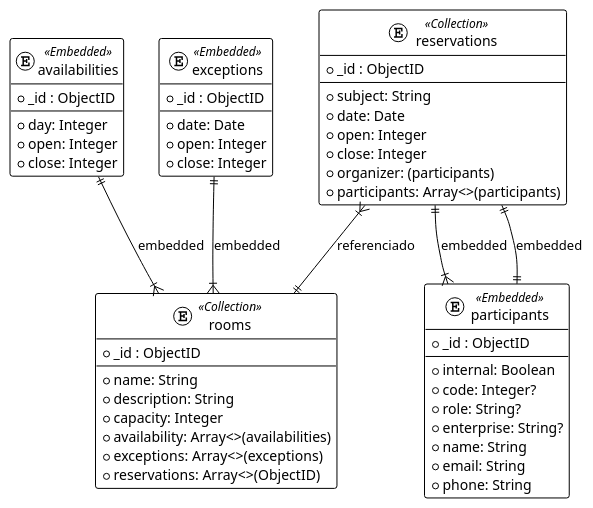
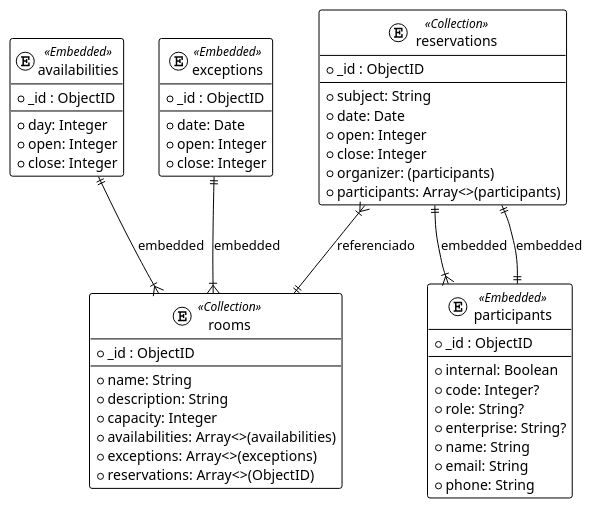
The diagram in docs/booking.puml (pepeul1191/booking-koa-svelte-mongodb), drawn with PlantUML before and after one commit. The commit also changed 7 other files, not shown here.

```diff
--- a/docs/booking.puml
+++ b/docs/booking.puml
@@ -1,61 +1,61 @@
 @startuml
 !theme plain
 
 entity "rooms" <<Collection>> {
   * _id : ObjectID
   --
   * name: String
   * description: String
   * capacity: Integer
-  * availability: Array<>(availabilities)
+  * availabilities: Array<>(availabilities)
   * exceptions: Array<>(exceptions)
   * reservations: Array<>(ObjectID)
 }
 
 entity "availabilities" <<Embedded>> {
   * _id : ObjectID
   --
   * day: Integer
   * open: Integer
   * close: Integer
 }
 ' day: 0 (Sunday) - 6 (Saturday)
 ' open/close 08:00 (480 min) - 18:00 (1080 min)
 entity "exceptions" <<Embedded>> {
   * _id : ObjectID
   --
   * date: Date
   * open: Integer
   * close: Integer
 }
 
 entity "reservations" <<Collection>> {
   * _id : ObjectID
   --
   * subject: String
   * date: Date
   * open: Integer
   * close: Integer
   * organizer: (participants)
   * participants: Array<>(participants)
 }
 
 entity "participants" <<Embedded>> {
   * _id : ObjectID
   --
   * internal: Boolean
   * code: Integer?
   * role: String?
   * enterprise: String?
   * name: String
   * email: String
   * phone: String
 }
 
 availabilities ||--|{ rooms : embedded
 exceptions ||--|{ rooms : embedded
 reservations }|--|| rooms : referenciado
 reservations ||--|{ participants : embedded
 reservations ||--|| participants : embedded
 
 @enduml
```
